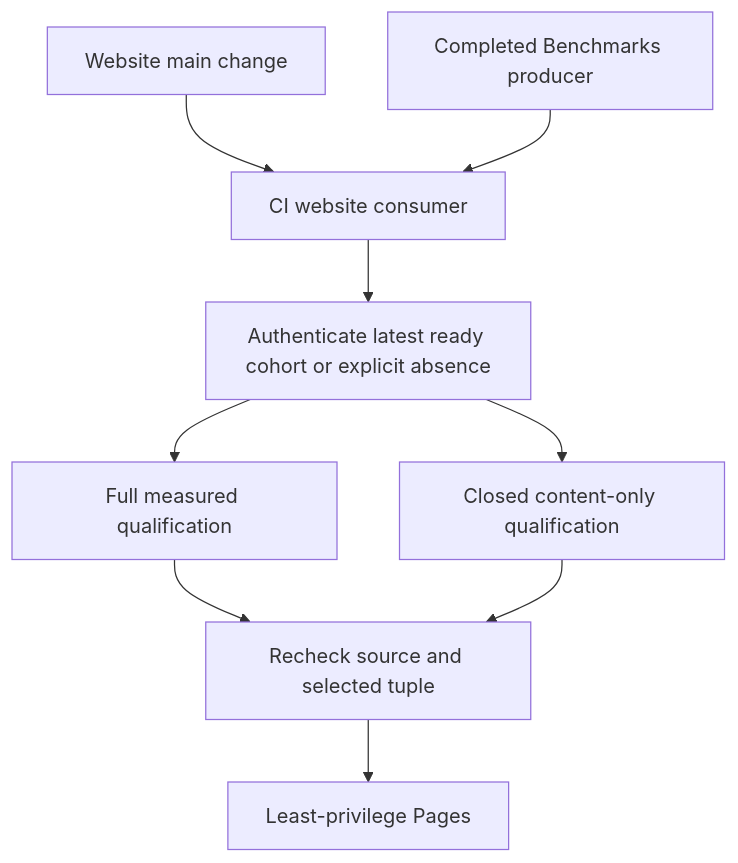
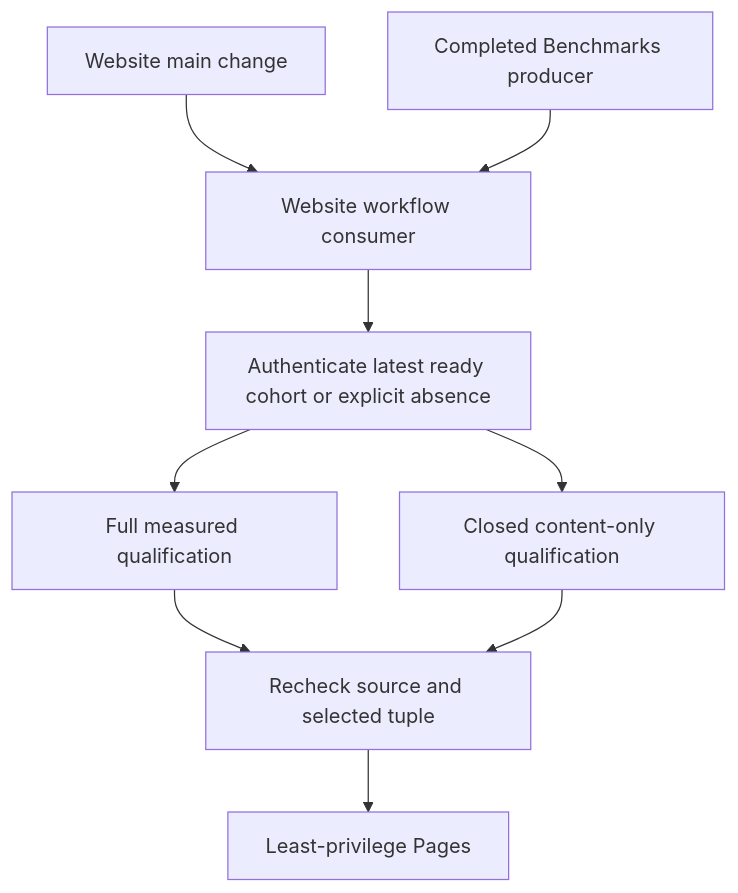
The diagram in docs/ADR/ADR-112-independent-website-publication.md (managedcode/KeyLoad), drawn with Mermaid before and after one commit. The commit also changed other lines of this file and 34 other files, not shown here.

````diff
--- a/docs/ADR/ADR-112-independent-website-publication.md
+++ b/docs/ADR/ADR-112-independent-website-publication.md
@@ -54,11 +54,11 @@
 ```mermaid
 flowchart TD
-  Push[Website main change] --> Consumer[CI website consumer]
+  Push[Website main change] --> Consumer[Website workflow consumer]
   JSON[Completed Benchmarks producer] --> Consumer
   Consumer --> Select[Authenticate latest ready cohort or explicit absence]
   Select --> Measured[Full measured qualification]
   Select --> Empty[Closed content-only qualification]
   Measured --> Fresh[Recheck source and selected tuple]
   Empty --> Fresh
   Fresh --> Deploy[Least-privilege Pages]
 ```
````
